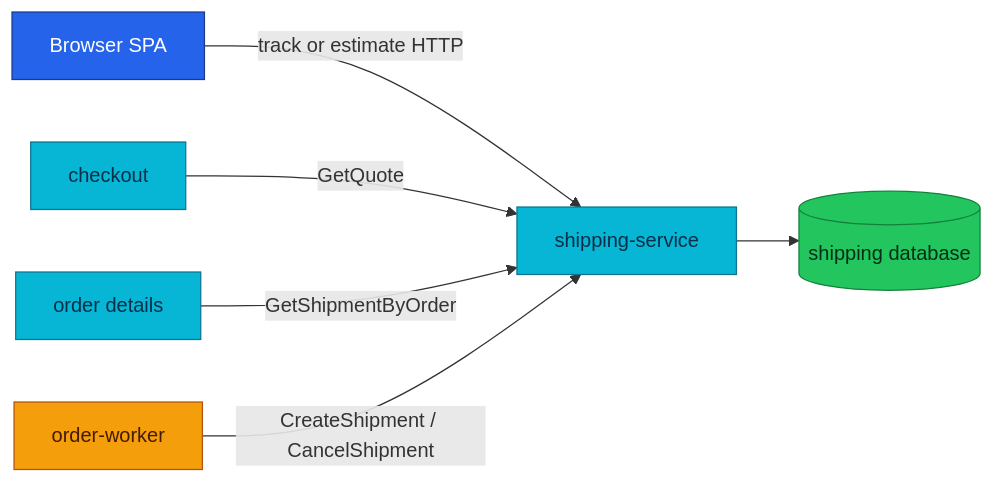
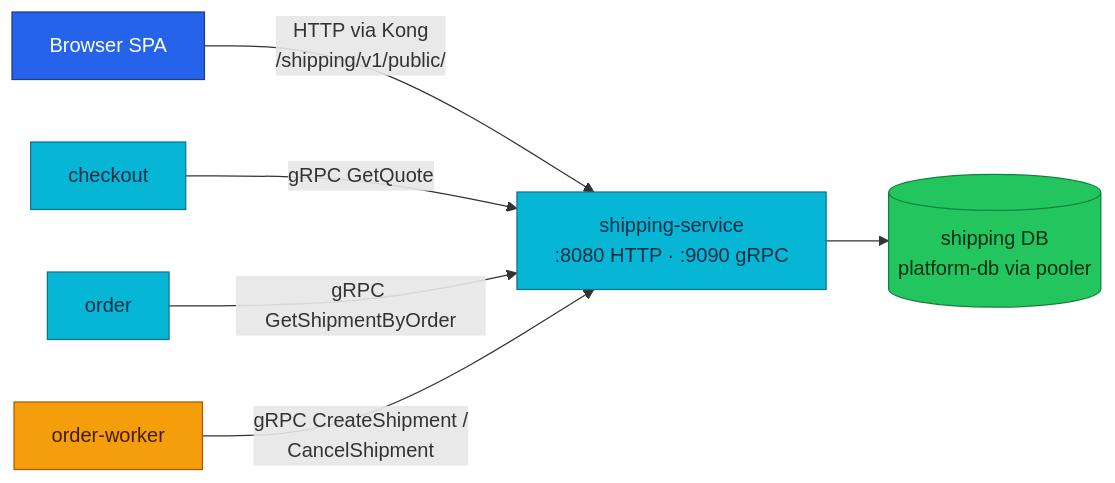
Before and after one commit to duynhlab/homelab: the diagram in docs/api/shipping.md, drawn with Mermaid. The commit also changed other lines of this file and 20 other files, not shown here.

````diff
--- a/docs/api/shipping.md
+++ b/docs/api/shipping.md
@@ -21,17 +57,17 @@
 ```mermaid
 flowchart LR
-    SPA[Browser SPA] -->|track or estimate HTTP| Shipping[shipping-service]
-    Checkout[checkout] -->|GetQuote| Shipping
-    Order[order details] -->|GetShipmentByOrder| Shipping
-    Worker[order-worker] -->|CreateShipment / CancelShipment| Shipping
-    Shipping --> DB[(shipping database)]
+    SPA["Browser SPA"] -->|"HTTP via Kong<br/>/shipping/v1/public/"| SHIP["shipping-service<br/>:8080 HTTP · :9090 gRPC"]
+    CK["checkout"] -->|"gRPC GetQuote"| SHIP
+    ORD["order"] -->|"gRPC GetShipmentByOrder"| SHIP
+    OW["order-worker"] -->|"gRPC CreateShipment /<br/>CancelShipment"| SHIP
+    SHIP --> DB[("shipping DB<br/>platform-db via pooler")]
 
     classDef edge fill:#2563eb,color:#fff,stroke:#1e3a8a;
     classDef service fill:#06b6d4,color:#082f49,stroke:#0e7490;
     classDef worker fill:#f59e0b,color:#451a03,stroke:#b45309;
     classDef data fill:#22c55e,color:#052e16,stroke:#15803d;
     class SPA edge;
-    class Shipping,Checkout,Order service;
-    class Worker worker;
+    class SHIP,CK,ORD service;
+    class OW worker;
     class DB data;
 ```
````
